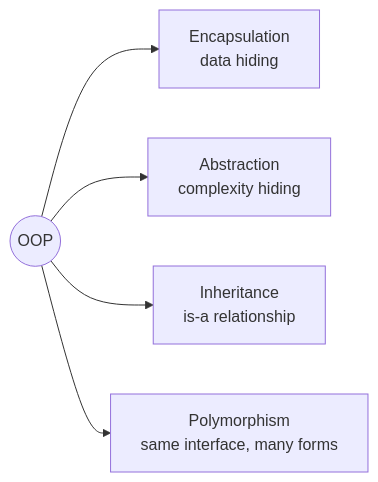
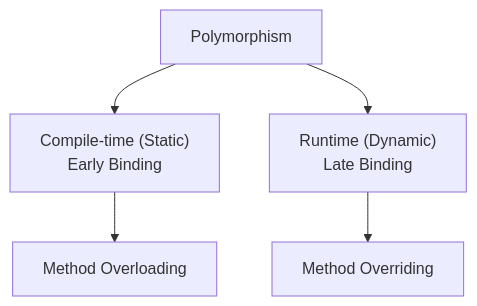
One commit to muhammad-khaled-tech/My-Study-Notes changed the first of 3 diagrams in interviews/01-oop.md. Above: the diagram before and after it, drawn with Mermaid. The commit also changed other lines of this file and 3 other files, not shown here.

````diff
--- a/interviews/01-oop.md
+++ b/interviews/01-oop.md
@@ -93,7 +816,7 @@
 ```mermaid
-flowchart LR
-    OOP(("OOP")) --> E["Encapsulation<br/>data hiding"]
-    OOP --> A["Abstraction<br/>complexity hiding"]
-    OOP --> I["Inheritance<br/>is-a relationship"]
-    OOP --> P["Polymorphism<br/>same interface, many forms"]
+flowchart TD
+    P["Polymorphism"] --> C["Compile-time (Static)<br/>Early Binding"]
+    P --> R["Runtime (Dynamic)<br/>Late Binding"]
+    C --> OL["Method Overloading"]
+    R --> OR["Method Overriding"]
 ```
````
